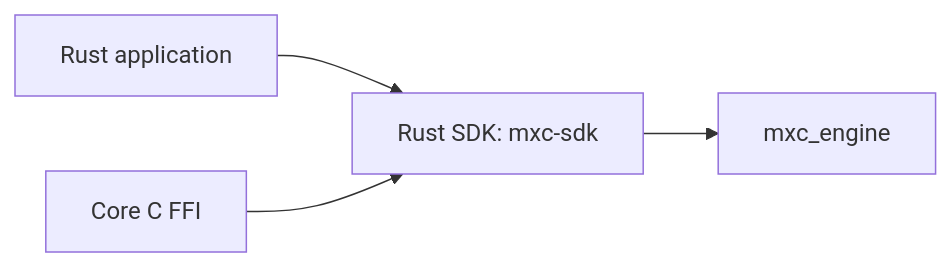
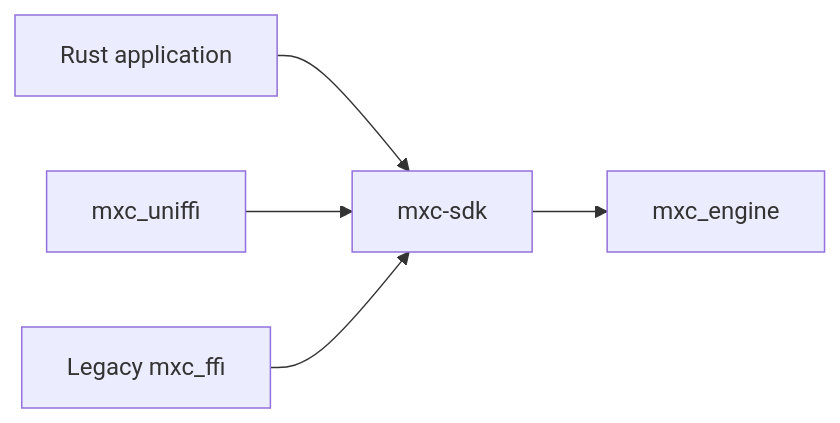
Before and after one commit to microsoft/mxc: the first of 3 diagrams in docs/designs/SDK/rust-sdk-architecture.md, drawn with Mermaid. The commit also changed other lines of this file and 333 other files, not shown here.

First line of the commit message:
Prototype unified UniFFI SDK generation

````diff
--- a/docs/designs/SDK/rust-sdk-architecture.md
+++ b/docs/designs/SDK/rust-sdk-architecture.md
@@ -8,6 +8,7 @@
 ```mermaid
 flowchart LR
-    R[Rust application] --> S[Rust SDK: mxc-sdk]
-    F[Core C FFI] --> S
+    R[Rust application] --> S[mxc-sdk]
+    U[mxc_uniffi] --> S
+    C[Legacy mxc_ffi] --> S
     S --> E[mxc_engine]
 ```
````
